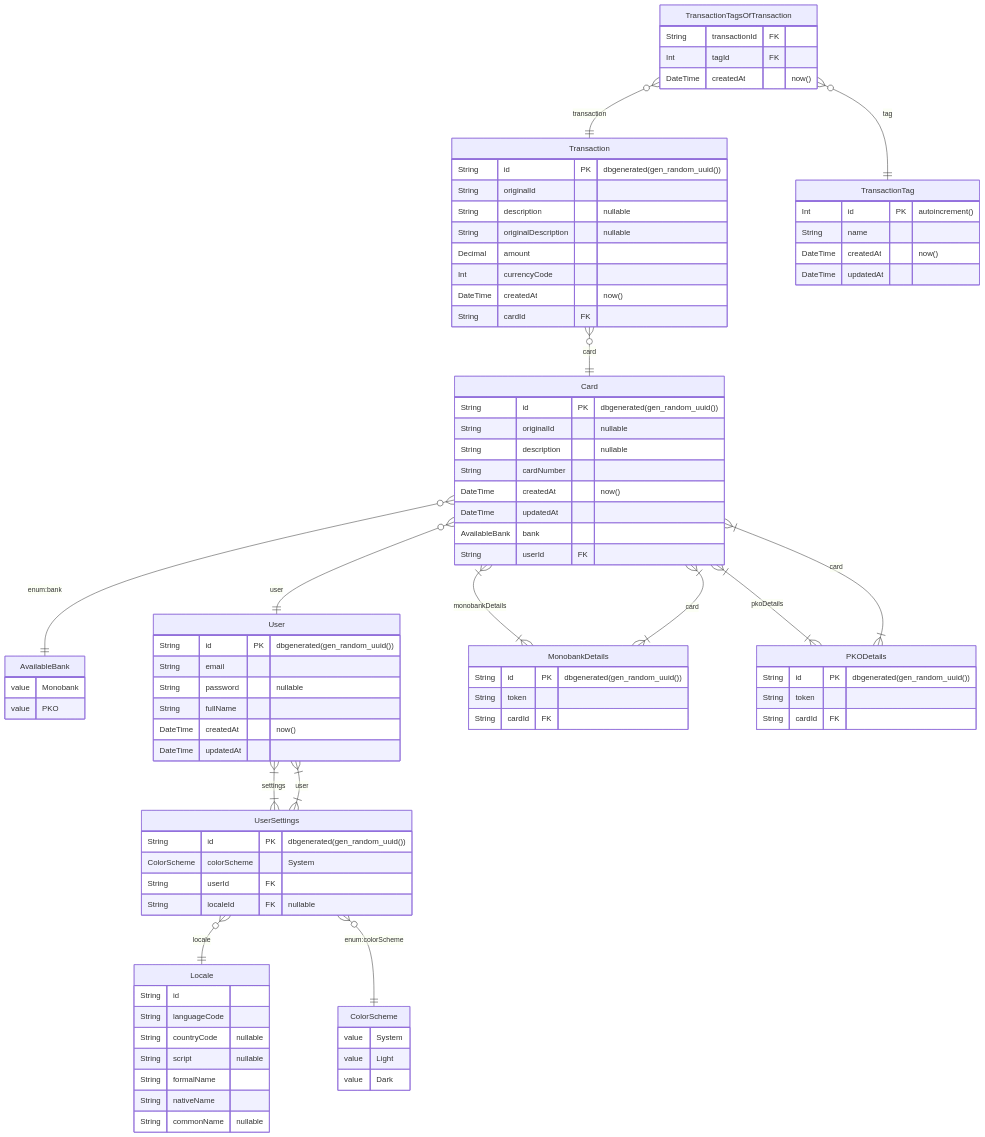
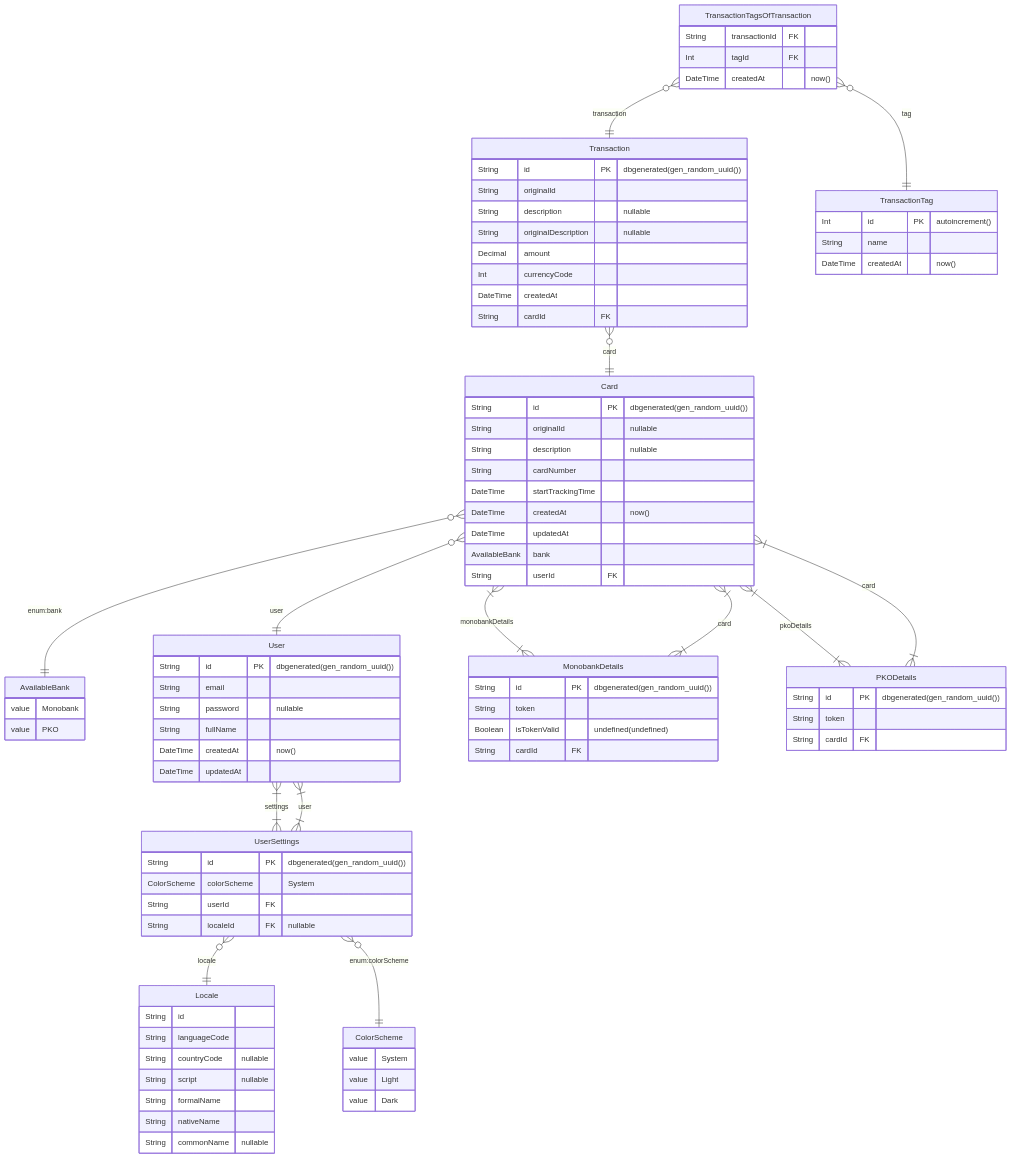
The diagram in src/shared/prisma/ERD.md (quinsberry/budget-tracking-app), drawn with Mermaid before and after one commit. The commit also changed 3 other files, not shown here.

Commit message:
generated new erd.md

```diff
--- a/src/shared/prisma/ERD.md
+++ b/src/shared/prisma/ERD.md
@@ -37,6 +37,7 @@
 		String originalId  "nullable"
 		String description  "nullable"
 		String cardNumber
+		DateTime startTrackingTime
 		DateTime createdAt  "now()"
 		DateTime updatedAt
 		AvailableBank bank
@@ -45,6 +46,7 @@
 	MonobankDetails {
 		String id PK  "dbgenerated(gen_random_uuid())"
 		String token
+		Boolean isTokenValid  "undefined(undefined)"
 		String cardId FK
 	}
 	PKODetails {
@@ -59,14 +61,13 @@
 		String originalDescription  "nullable"
 		Decimal amount
 		Int currencyCode
-		DateTime createdAt  "now()"
+		DateTime createdAt
 		String cardId FK
 	}
 	TransactionTag {
 		Int id PK  "autoincrement()"
 		String name
 		DateTime createdAt  "now()"
-		DateTime updatedAt
 	}
 	TransactionTagsOfTransaction {
 		String transactionId FK
```
